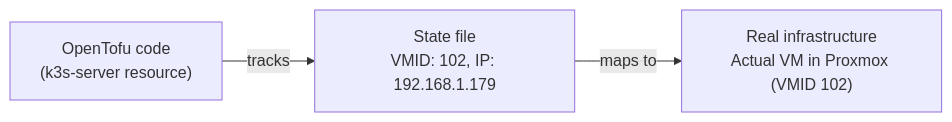
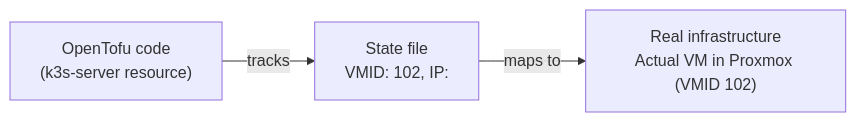
One commit to hexabyte8/homelab changed the second of 2 diagrams in docs/disaster-recovery/technologies/opentofu.md. Above: the diagram before and after it, drawn with Mermaid. The commit also changed 22 other files, not shown here.

````diff
--- a/docs/disaster-recovery/technologies/opentofu.md
+++ b/docs/disaster-recovery/technologies/opentofu.md
@@ -99,5 +99,5 @@
 ```mermaid
 graph LR
-    code["OpenTofu code<br/>(k3s-server resource)"] -->|"tracks"| state["State file<br/>VMID: 102, IP: 192.168.1.179"]
+    code["OpenTofu code<br/>(k3s-server resource)"] -->|"tracks"| state["State file<br/>VMID: 102, IP: <k3s-server-lan-ip>"]
     state -->|"maps to"| infra["Real infrastructure<br/>Actual VM in Proxmox (VMID 102)"]
 ```
````
